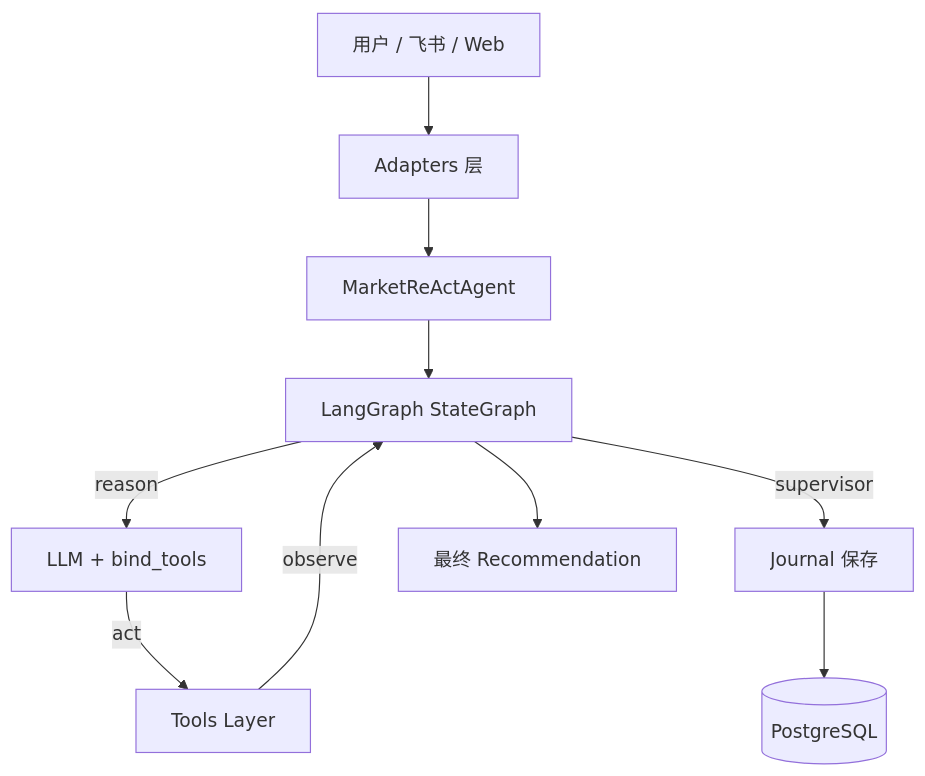
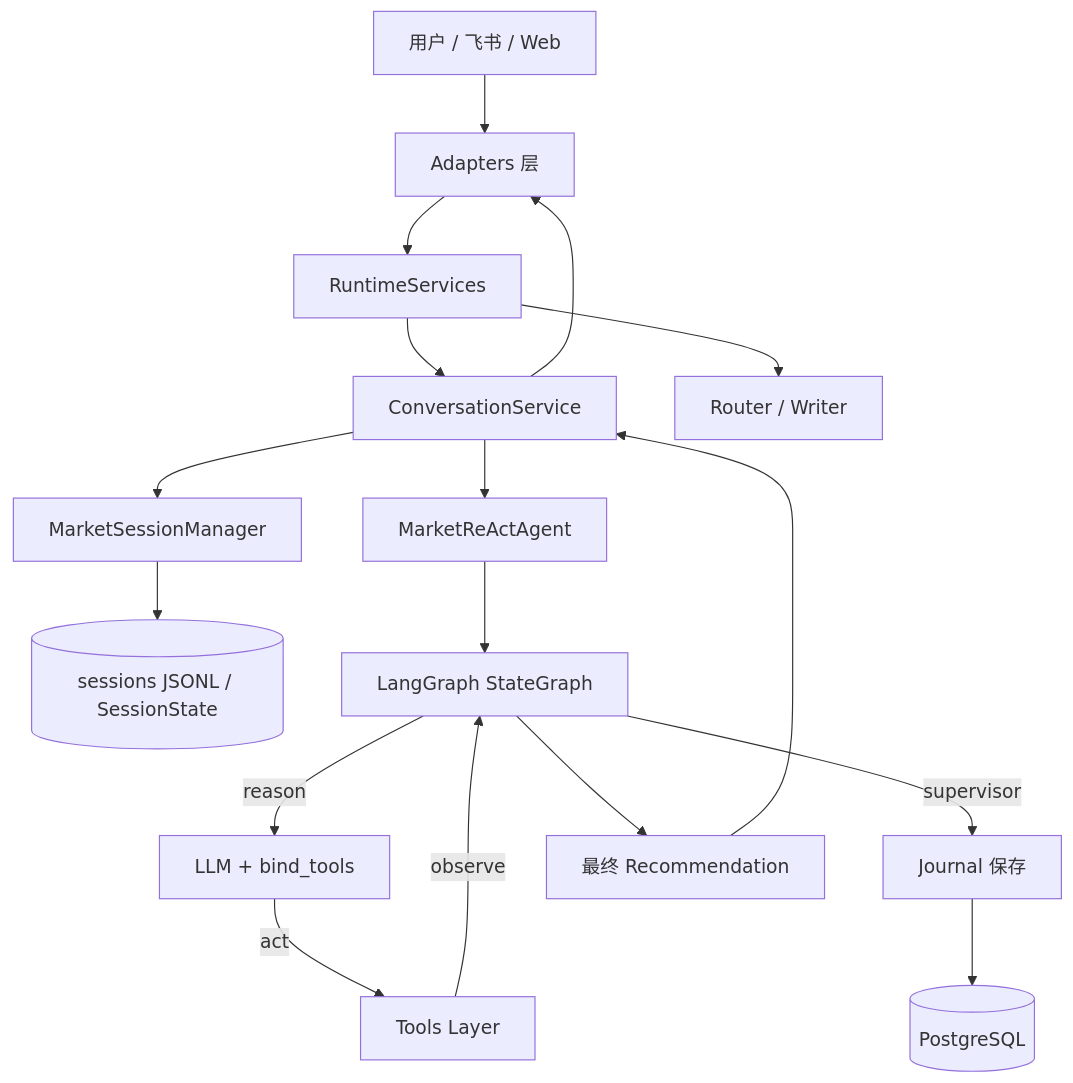
The diagram in docs/00_PROJECT_ARCHITECTURE.md (7Gosts/MarketAssAgent), drawn with Mermaid before and after one commit. The commit also changed other lines of this file and 2 other files, not shown here.

````diff
--- a/docs/00_PROJECT_ARCHITECTURE.md
+++ b/docs/00_PROJECT_ARCHITECTURE.md
@@ -14,12 +14,19 @@
 ```mermaid
 flowchart TD
     User[用户 / 飞书 / Web] --> Adapters[Adapters 层]
-    Adapters --> Agent[MarketReActAgent]
+    Adapters --> Runtime[RuntimeServices]
+    Runtime --> Conv[ConversationService]
+    Runtime --> Router[Router / Writer]
+    Conv --> Memory[MarketSessionManager]
+    Memory --> Sessions[(sessions JSONL / SessionState)]
+    Conv --> Agent[MarketReActAgent]
     Agent --> Graph[LangGraph StateGraph]
     Graph -->|reason| LLM[LLM + bind_tools]
     LLM -->|act| Tools[Tools Layer]
     Tools -->|observe| Graph
     Graph -->|supervisor| Persistence[Journal 保存]
     Persistence --> DB[(PostgreSQL)]
     Graph --> Response[最终 Recommendation]
+    Response --> Conv
+    Conv --> Adapters
 ```
````
